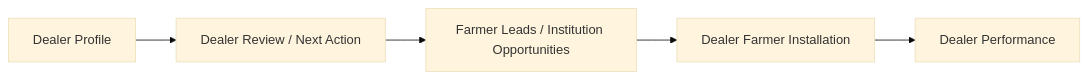
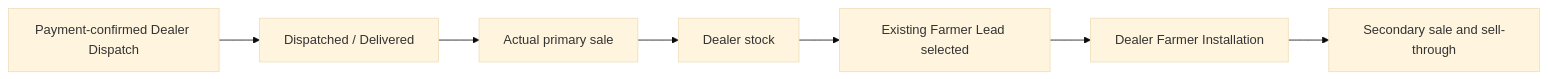
One commit to harsha-jivawater/jiva-farm-os changed diagram 17 of 28 in docs/ROLE_BASED_USAGE_MANUAL.md. Above: the diagram before and after it, drawn with Mermaid (base theme). The commit also changed other lines of this file and 11 other files, not shown here.

````diff
--- a/docs/ROLE_BASED_USAGE_MANUAL.md
+++ b/docs/ROLE_BASED_USAGE_MANUAL.md
@@ -1041,7 +1070,9 @@
 ```mermaid
 flowchart LR
-  A["Dealer Profile"] --> B["Dealer Review / Next Action"]
-  B --> C["Farmer Leads / Institution Opportunities"]
-  C --> D["Dealer Farmer Installation"]
-  D --> E["Dealer Performance"]
+  A["Payment-confirmed Dealer Dispatch"] --> B["Dispatched / Delivered"]
+  B --> C["Actual primary sale"]
+  C --> D["Dealer stock"]
+  D --> E["Existing Farmer Lead selected"]
+  E --> F["Dealer Farmer Installation"]
+  F --> G["Secondary sale and sell-through"]
 ```
````
